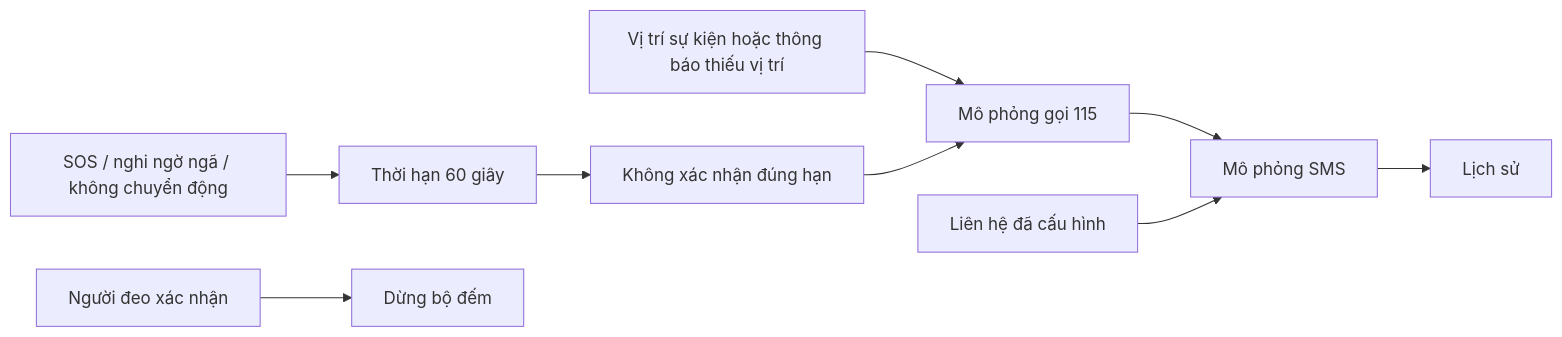
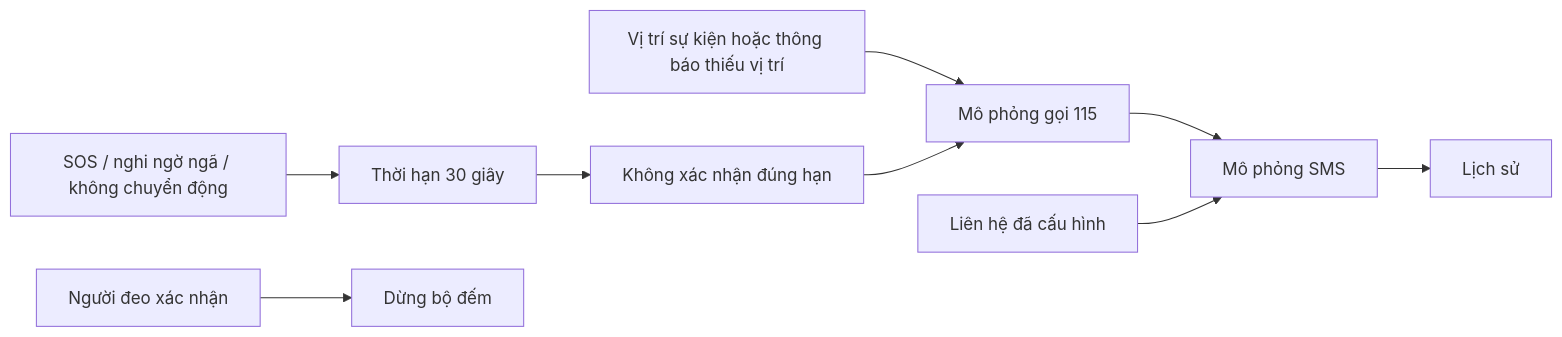
The fourth of 4 diagrams in README.md (nhatdevzizi/Closer), drawn with Mermaid before and after one commit. The commit also changed other lines of this file and 4 other files, not shown here.

````diff
--- a/README.md
+++ b/README.md
@@ -88,11 +88,11 @@
 ```mermaid
 flowchart LR
-  Trigger[SOS / nghi ngờ ngã / không chuyển động] --> Timer[Thời hạn 60 giây]
+  Trigger[SOS / nghi ngờ ngã / không chuyển động] --> Timer[Thời hạn 30 giây]
   Wearer[Người đeo xác nhận] --> Cancel[Dừng bộ đếm]
   Timer --> Timeout[Không xác nhận đúng hạn]
   Location[Vị trí sự kiện hoặc thông báo thiếu vị trí] --> Hotline[Mô phỏng gọi 115]
   Timeout --> Hotline
   Hotline --> SMS[Mô phỏng SMS]
   Contacts[Liên hệ đã cấu hình] --> SMS
   SMS --> History[Lịch sử]
 ```
````
